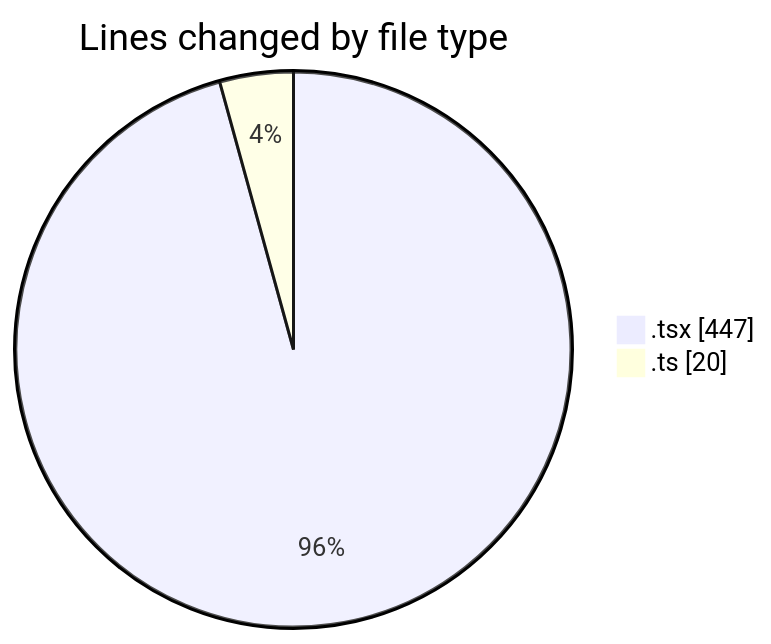
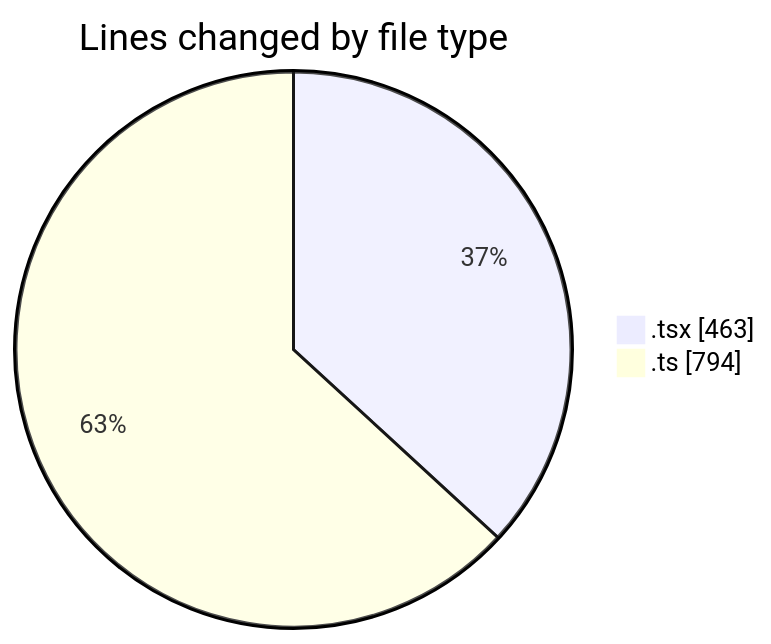
One commit to julien-gomy/code-tracking changed the first of 2 diagrams in 2025-10-14/eventscop-frontend-guide__workspace_/README.md. Above: the diagram before and after it, drawn with Mermaid. The commit also changed other lines of this file and 1 other file, not shown here.

````diff
--- a/2025-10-14/eventscop-frontend-guide__workspace_/README.md
+++ b/2025-10-14/eventscop-frontend-guide__workspace_/README.md
@@ -25,6 +27,6 @@
 ```mermaid
 pie showData
 title Lines changed by file type
-".tsx" : 447
-".ts" : 20
+".tsx" : 463
+".ts" : 794
 ```
````
